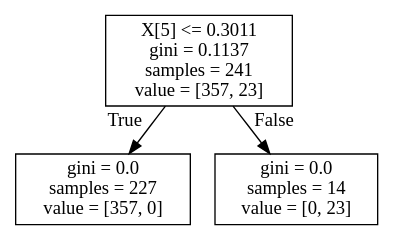
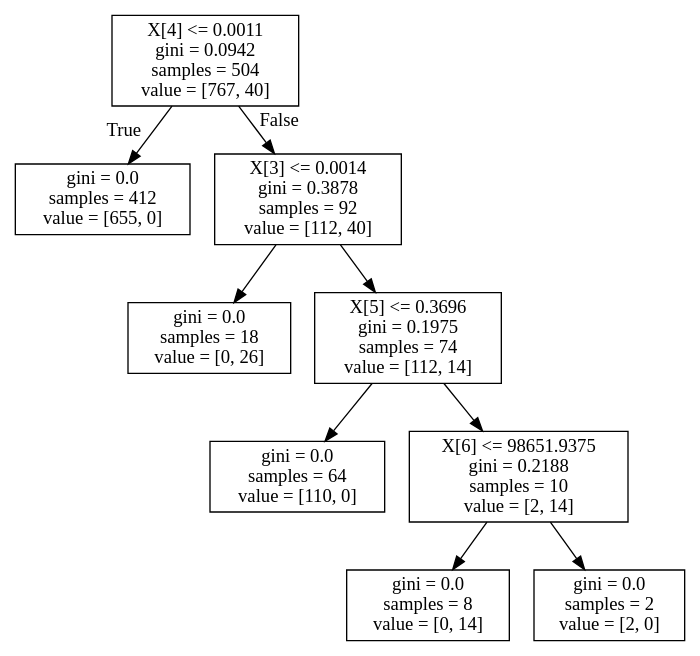
One commit to imwack/facebook changed the diagram in 4.dot. Above: the diagram before and after it, drawn with Graphviz. The commit also changed 18 other files, not shown here.

```diff
--- a/4.dot
+++ b/4.dot
@@ -1,8 +1,20 @@
 digraph Tree {
 node [shape=box] ;
-0 [label="X[5] <= 0.3011\ngini = 0.1137\nsamples = 241\nvalue = [357, 23]"] ;
-1 [label="gini = 0.0\nsamples = 227\nvalue = [357, 0]"] ;
+0 [label="X[4] <= 0.0011\ngini = 0.0942\nsamples = 504\nvalue = [767, 40]"] ;
+1 [label="gini = 0.0\nsamples = 412\nvalue = [655, 0]"] ;
 0 -> 1 [labeldistance=2.5, labelangle=45, headlabel="True"] ;
-2 [label="gini = 0.0\nsamples = 14\nvalue = [0, 23]"] ;
+2 [label="X[3] <= 0.0014\ngini = 0.3878\nsamples = 92\nvalue = [112, 40]"] ;
 0 -> 2 [labeldistance=2.5, labelangle=-45, headlabel="False"] ;
+3 [label="gini = 0.0\nsamples = 18\nvalue = [0, 26]"] ;
+2 -> 3 ;
+4 [label="X[5] <= 0.3696\ngini = 0.1975\nsamples = 74\nvalue = [112, 14]"] ;
+2 -> 4 ;
+5 [label="gini = 0.0\nsamples = 64\nvalue = [110, 0]"] ;
+4 -> 5 ;
+6 [label="X[6] <= 98651.9375\ngini = 0.2188\nsamples = 10\nvalue = [2, 14]"] ;
+4 -> 6 ;
+7 [label="gini = 0.0\nsamples = 8\nvalue = [0, 14]"] ;
+6 -> 7 ;
+8 [label="gini = 0.0\nsamples = 2\nvalue = [2, 0]"] ;
+6 -> 8 ;
 }
```
